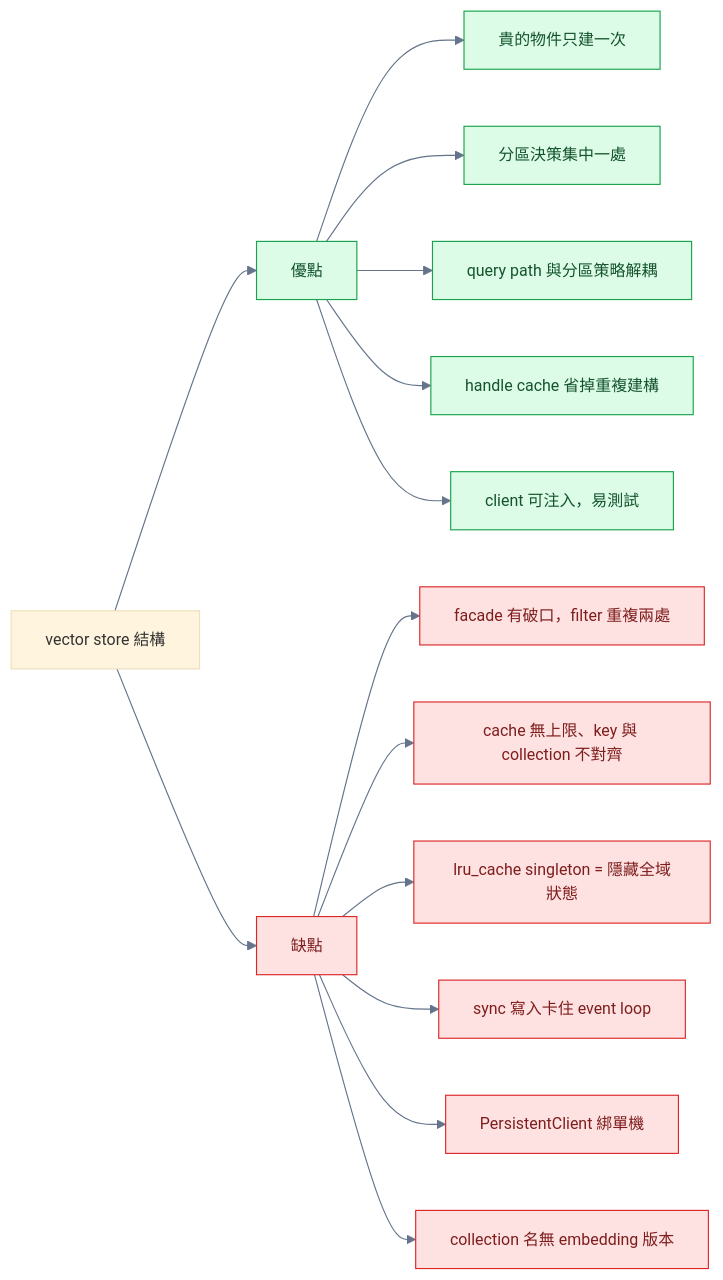
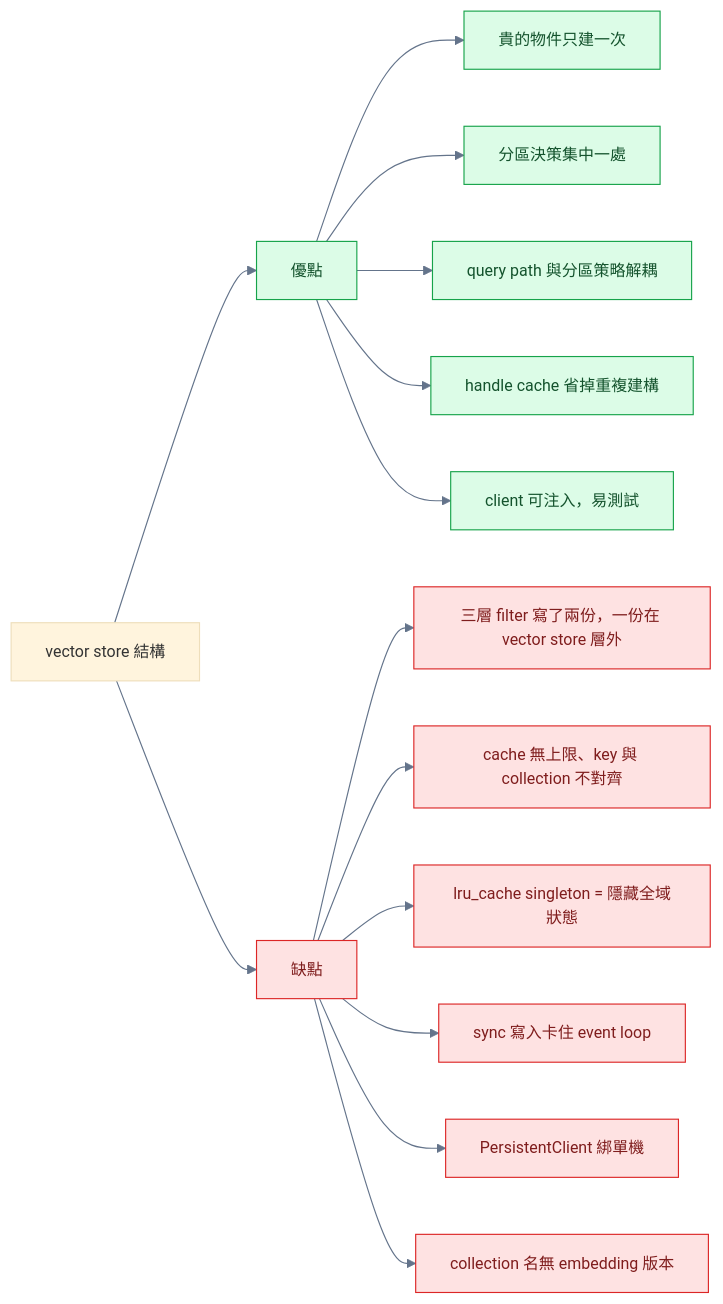
The fifth of 8 diagrams in docs/vectorstore/vectorstore-retriever-structure-20261009.md (jltz1207/LoginFastapi), drawn with Mermaid before and after one commit. The commit also changed other lines of this file and 2 other files, not shown here.

Commit message:
refactor vectore store: draft plan

````diff
--- a/docs/vectorstore/vectorstore-retriever-structure-20261009.md
+++ b/docs/vectorstore/vectorstore-retriever-structure-20261009.md
@@ -175,23 +178,23 @@
 ```mermaid
 %%{init: {'theme': 'base', 'themeVariables': {'fontSize': '14px', 'lineColor': '#64748b'}}}%%
 flowchart LR
     S["vector store 結構"]
     S --> P["優點"]
     S --> C["缺點"]
     P --> P1["貴的物件只建一次"]
     P --> P2["分區決策集中一處"]
     P --> P3["query path 與分區策略解耦"]
     P --> P4["handle cache 省掉重複建構"]
     P --> P5["client 可注入，易測試"]
-    C --> C1["facade 有破口，filter 重複兩處"]
+    C --> C1["三層 filter 寫了兩份，一份在 vector store 層外"]
     C --> C2["cache 無上限、key 與 collection 不對齊"]
     C --> C3["lru_cache singleton = 隱藏全域狀態"]
     C --> C4["sync 寫入卡住 event loop"]
     C --> C5["PersistentClient 綁單機"]
     C --> C6["collection 名無 embedding 版本"]
 
     classDef pro fill:#dcfce7,stroke:#16a34a,color:#14532d
     classDef con fill:#fee2e2,stroke:#dc2626,color:#7f1d1d
     class P,P1,P2,P3,P4,P5 pro
     class C,C1,C2,C3,C4,C5,C6 con
 ```
````
